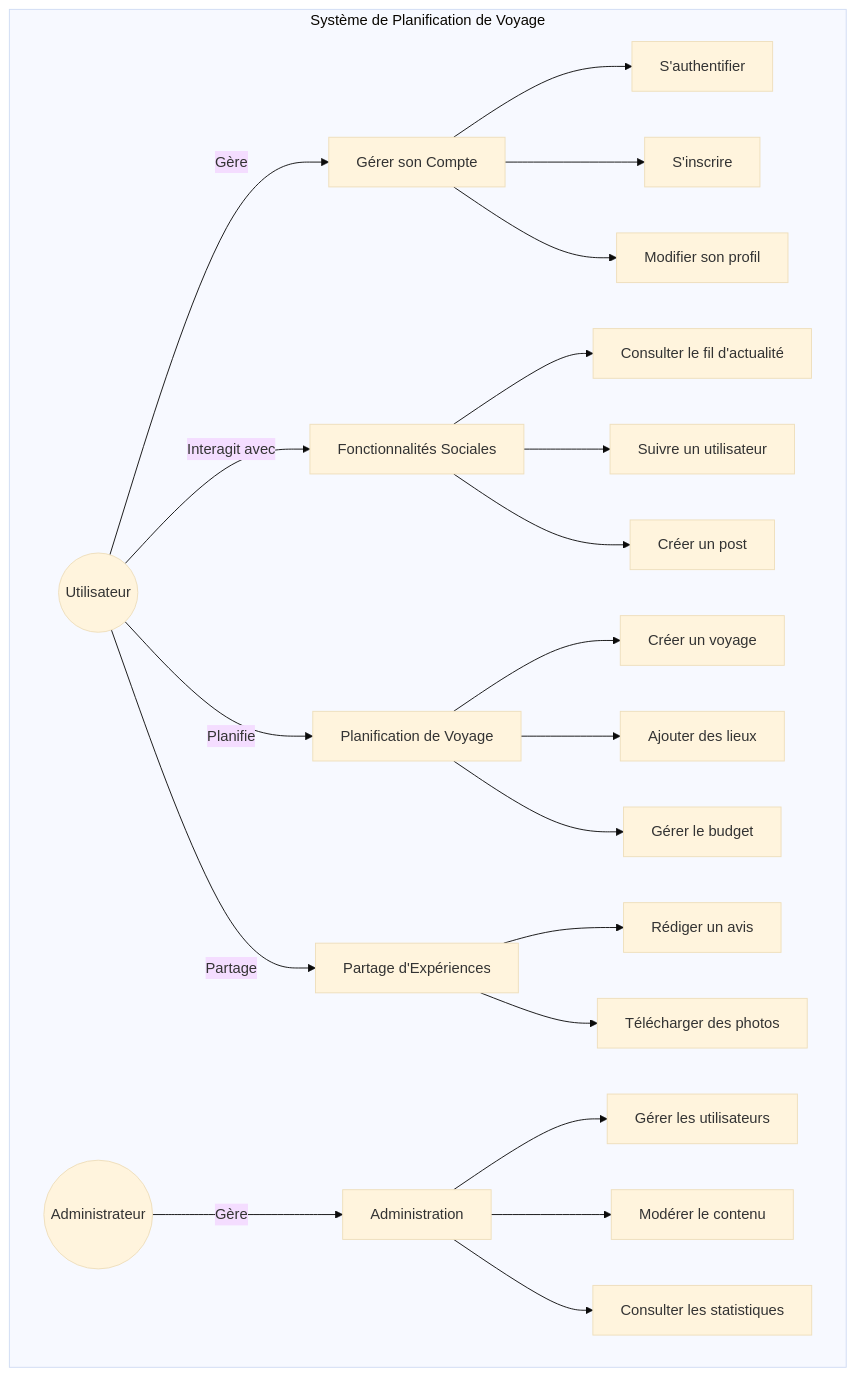
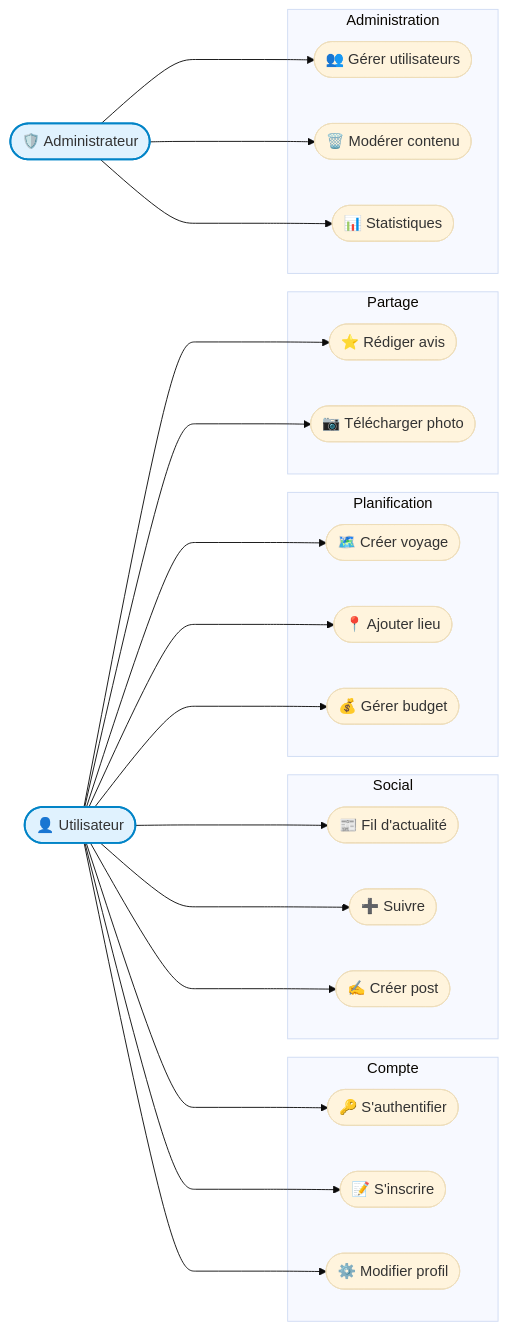
The second of 6 diagrams in Rapport_PFE.md (8L4CK-8L4Z3/Hermes), drawn with Mermaid (base theme) before and after one commit. The commit also changed other lines of this file and 42 other files, not shown here.

````diff
--- a/Rapport_PFE.md
+++ b/Rapport_PFE.md
@@ -234,31 +234,58 @@
 ```mermaid
-graph TD
-    subgraph "Système de Planification de Voyage"
-        U((Utilisateur))
-        A((Administrateur))
+flowchart LR
+    %% Actors
+    U([👤 Utilisateur])
+    A([🛡️ Administrateur])
 
-        U -- "Gère" --> CPT[Gérer son Compte]
-        CPT --> LOGIN[S'authentifier]
-        CPT --> REG[S'inscrire]
-        CPT --> PROFILE[Modifier son profil]
+    %% User Account Management
+    subgraph "Compte"
+        LOGIN([🔑 S'authentifier])
+        REG([📝 S'inscrire])
+        PROFILE([⚙️ Modifier profil])
+    end
+    U ----> LOGIN
+    U ----> REG
+    U ----> PROFILE
 
-        U -- "Interagit avec" --> SOC[Fonctionnalités Sociales]
-        SOC --> FEED[Consulter le fil d'actualité]
-        SOC --> FOLLOW[Suivre un utilisateur]
-        SOC --> POST[Créer un post]
+    %% Social Features
+    subgraph "Social"
+        FEED([📰 Fil d'actualité])
+        FOLLOW([➕ Suivre])
+        POST([✍️ Créer post])
+    end
+    U----> FEED
+    U----> FOLLOW
+    U----> POST
 
-        U -- "Planifie" --> PLAN[Planification de Voyage]
-        PLAN --> CREATE_TRIP[Créer un voyage]
-        PLAN --> ADD_PLACE[Ajouter des lieux]
-        PLAN --> MANAGE_BUDGET[Gérer le budget]
+    %% Trip Planning
+    subgraph "Planification"
+        CREATE_TRIP([🗺️ Créer voyage])
+        ADD_PLACE([📍 Ajouter lieu])
+        MANAGE_BUDGET([💰 Gérer budget])
+    end
+    U ----> CREATE_TRIP
+    U ----> ADD_PLACE
+    U ----> MANAGE_BUDGET
 
-        U -- "Partage" --> SHARE[Partage d'Expériences]
-        SHARE --> WRITE_REVIEW[Rédiger un avis]
-        SHARE --> UPLOAD_PHOTO[Télécharger des photos]
+    %% Sharing
+    subgraph "Partage"
+        WRITE_REVIEW([⭐ Rédiger avis])
+        UPLOAD_PHOTO([📷 Télécharger photo])
+    end
+    U ----> WRITE_REVIEW
+    U ----> UPLOAD_PHOTO
 
-        A -- "Gère" --> ADMIN[Administration]
-        ADMIN --> MANAGE_USERS[Gérer les utilisateurs]
-        ADMIN --> MODERATE[Modérer le contenu]
-        ADMIN --> VIEW_STATS[Consulter les statistiques]
+    %% Admin
+    subgraph "Administration"
+        MANAGE_USERS([👥 Gérer utilisateurs])
+        MODERATE([🗑️ Modérer contenu])
+        VIEW_STATS([📊 Statistiques])
     end
+    A ----> MANAGE_USERS
+    A ----> MODERATE
+    A ----> VIEW_STATS
+
+    %% Layout tweaks for readability
+    classDef actor fill:#e0f2fe,stroke:#0284c7,stroke-width:2px;
+    class U,A actor;
 ```
````
